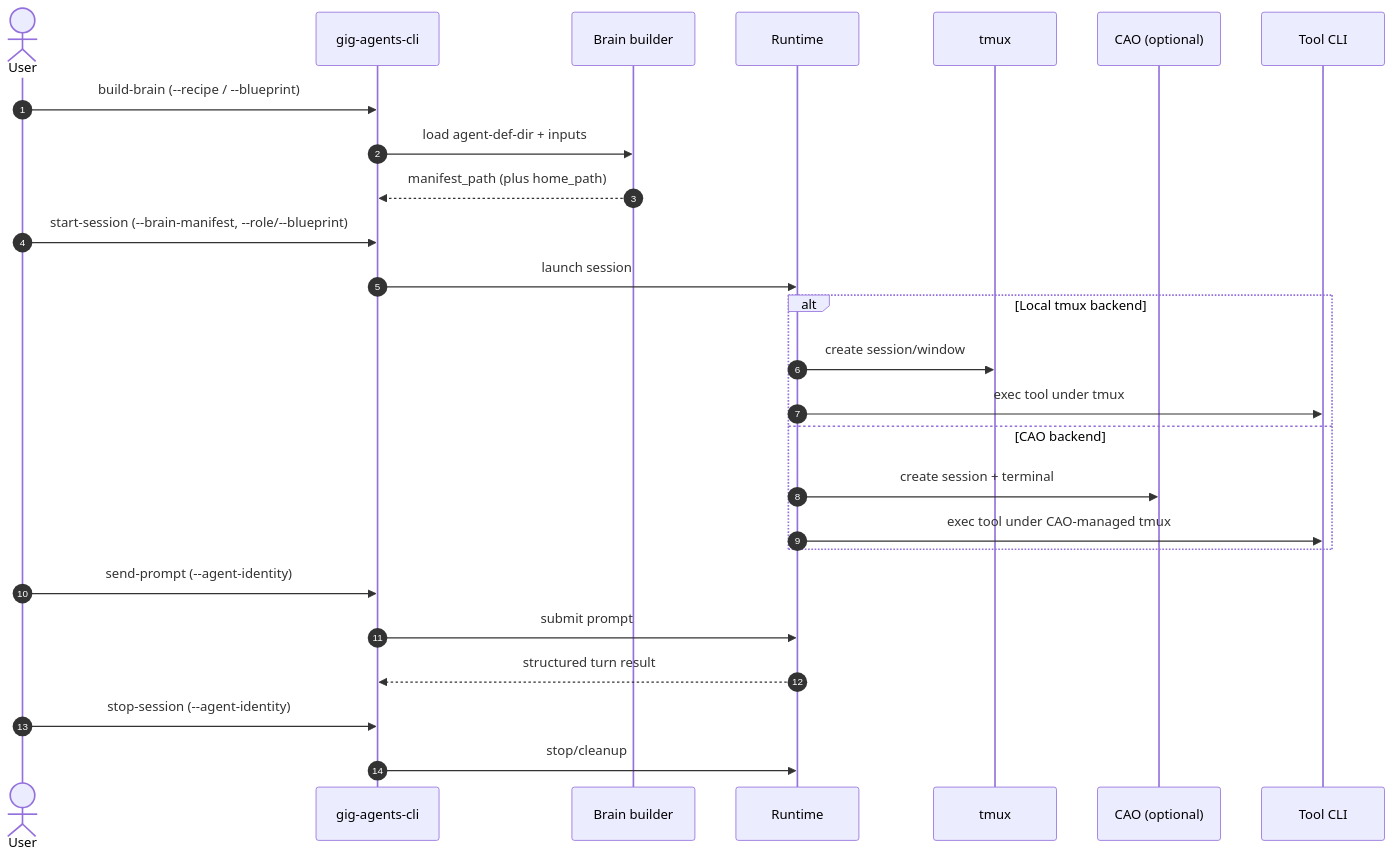
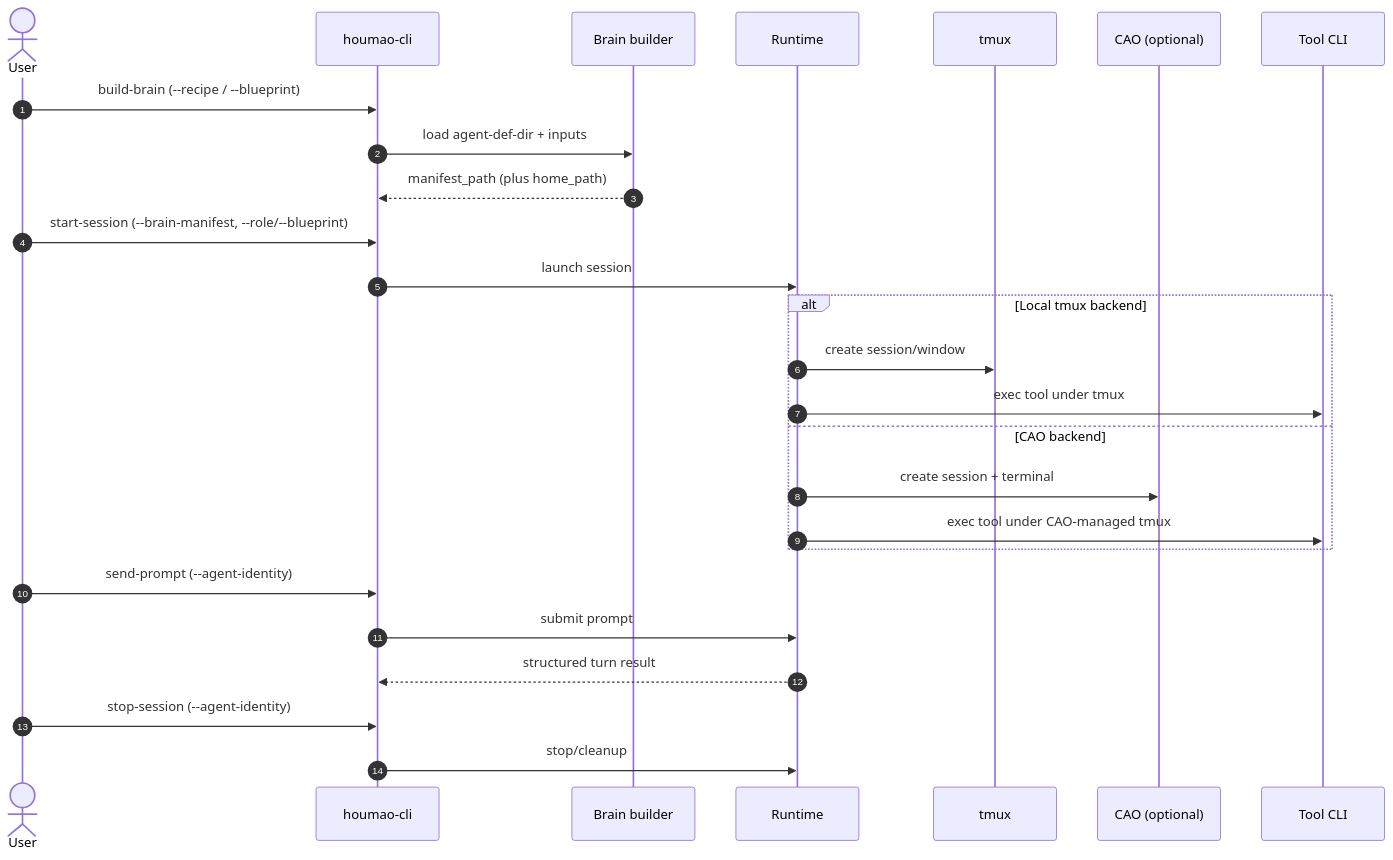
One commit to igamenovoer/houmao changed the second of 2 diagrams in README.md. Above: the diagram before and after it, drawn with Mermaid. The commit also changed other lines of this file and 185 other files, not shown here.

````diff
--- a/README.md
+++ b/README.md
@@ -379,33 +382,33 @@
 ```mermaid
 sequenceDiagram
     autonumber
     actor User
-    participant CLI as gig-agents-cli
+    participant CLI as houmao-cli
     participant Builder as Brain builder
     participant Runtime as Runtime
     participant TMUX as tmux
     participant CAO as CAO (optional)
     participant Tool as Tool CLI
 
     User->>CLI: build-brain (--recipe / --blueprint)
     CLI->>Builder: load agent-def-dir + inputs
     Builder-->>CLI: manifest_path (plus home_path)
 
     User->>CLI: start-session (--brain-manifest, --role/--blueprint)
     CLI->>Runtime: launch session
 
     alt Local tmux backend
         Runtime->>TMUX: create session/window
         Runtime->>Tool: exec tool under tmux
     else CAO backend
         Runtime->>CAO: create session + terminal
         Runtime->>Tool: exec tool under CAO-managed tmux
     end
 
     User->>CLI: send-prompt (--agent-identity)
     CLI->>Runtime: submit prompt
     Runtime-->>CLI: structured turn result
 
     User->>CLI: stop-session (--agent-identity)
     CLI->>Runtime: stop/cleanup
 ```
````
